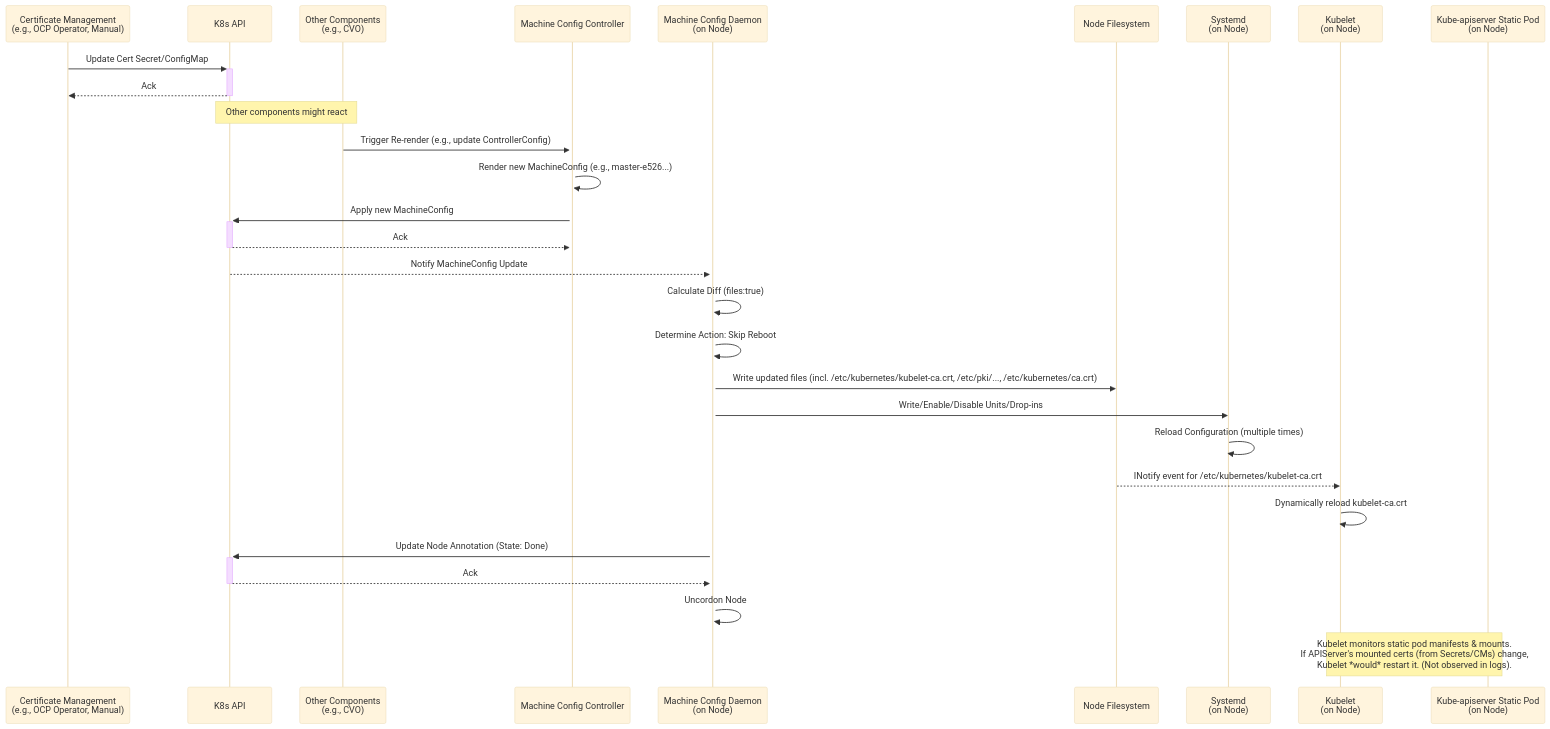
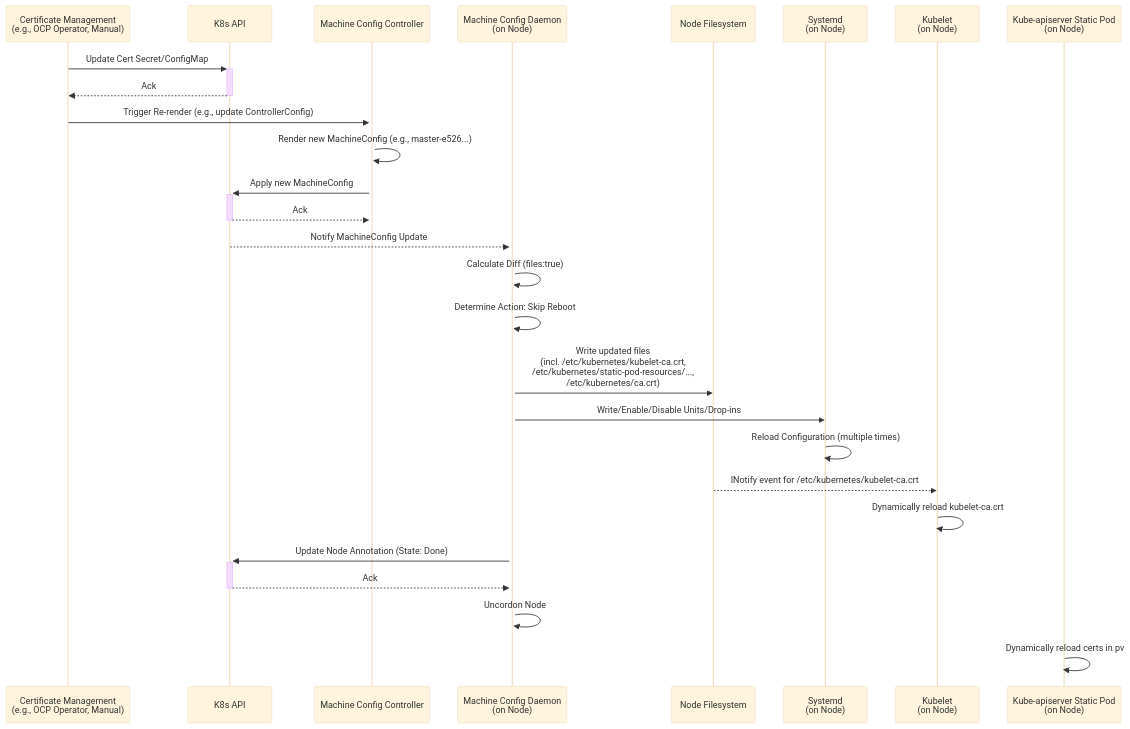
One commit to wangzheng422/machine-config-operator changed the diagram in wzh.doc/kube-apiserver-cert-update-analysis.md. Above: the diagram before and after it, drawn with Mermaid (base theme). The commit also changed other lines of this file and 1 other file, not shown here.

````diff
--- a/wzh.doc/kube-apiserver-cert-update-analysis.md
+++ b/wzh.doc/kube-apiserver-cert-update-analysis.md
@@ -153,34 +153,33 @@
 ```mermaid
 sequenceDiagram
     participant CertMgmt as Certificate Management<br>(e.g., OCP Operator, Manual)
     participant K8sAPI as K8s API
-    participant OtherComp as Other Components<br>(e.g., CVO)
+    %% participant OtherComp as Other Components<br>(e.g., CVO)
     participant MCC as Machine Config Controller
     participant MCD as Machine Config Daemon<br>(on Node)
     participant NodeFS as Node Filesystem
     participant Systemd as Systemd<br>(on Node)
     participant Kubelet as Kubelet<br>(on Node)
     participant KubeAPIServer as Kube-apiserver Static Pod<br>(on Node)
 
     CertMgmt->>+K8sAPI: Update Cert Secret/ConfigMap
     K8sAPI-->>-CertMgmt: Ack
-    Note over K8sAPI, OtherComp: Other components might react
-    OtherComp->>+MCC: Trigger Re-render (e.g., update ControllerConfig)
+    %% Note over K8sAPI, OtherComp: Other components might react
+    CertMgmt->>+MCC: Trigger Re-render (e.g., update ControllerConfig)
     MCC->>MCC: Render new MachineConfig (e.g., master-e526...)
     MCC->>+K8sAPI: Apply new MachineConfig
     K8sAPI-->>-MCC: Ack
     K8sAPI-->>+MCD: Notify MachineConfig Update
     MCD->>MCD: Calculate Diff (files:true)
     MCD->>MCD: Determine Action: Skip Reboot
-    MCD->>NodeFS: Write updated files (incl. /etc/kubernetes/kubelet-ca.crt, /etc/pki/..., /etc/kubernetes/ca.crt)
+    MCD->>NodeFS: Write updated files <br>(incl. /etc/kubernetes/kubelet-ca.crt, <br>/etc/kubernetes/static-pod-resources/..., <br>/etc/kubernetes/ca.crt)
     MCD->>Systemd: Write/Enable/Disable Units/Drop-ins
     Systemd->>Systemd: Reload Configuration (multiple times)
     NodeFS-->>Kubelet: INotify event for /etc/kubernetes/kubelet-ca.crt
     Kubelet->>Kubelet: Dynamically reload kubelet-ca.crt
     MCD->>+K8sAPI: Update Node Annotation (State: Done)
     K8sAPI-->>-MCD: Ack
     MCD->>MCD: Uncordon Node
-
-    Note over Kubelet, KubeAPIServer: Kubelet monitors static pod manifests & mounts.<br>If APIServer's mounted certs (from Secrets/CMs) change,<br>Kubelet *would* restart it. (Not observed in logs).
+    KubeAPIServer->>KubeAPIServer: Dynamically reload certs in pv
 
 ```
````
